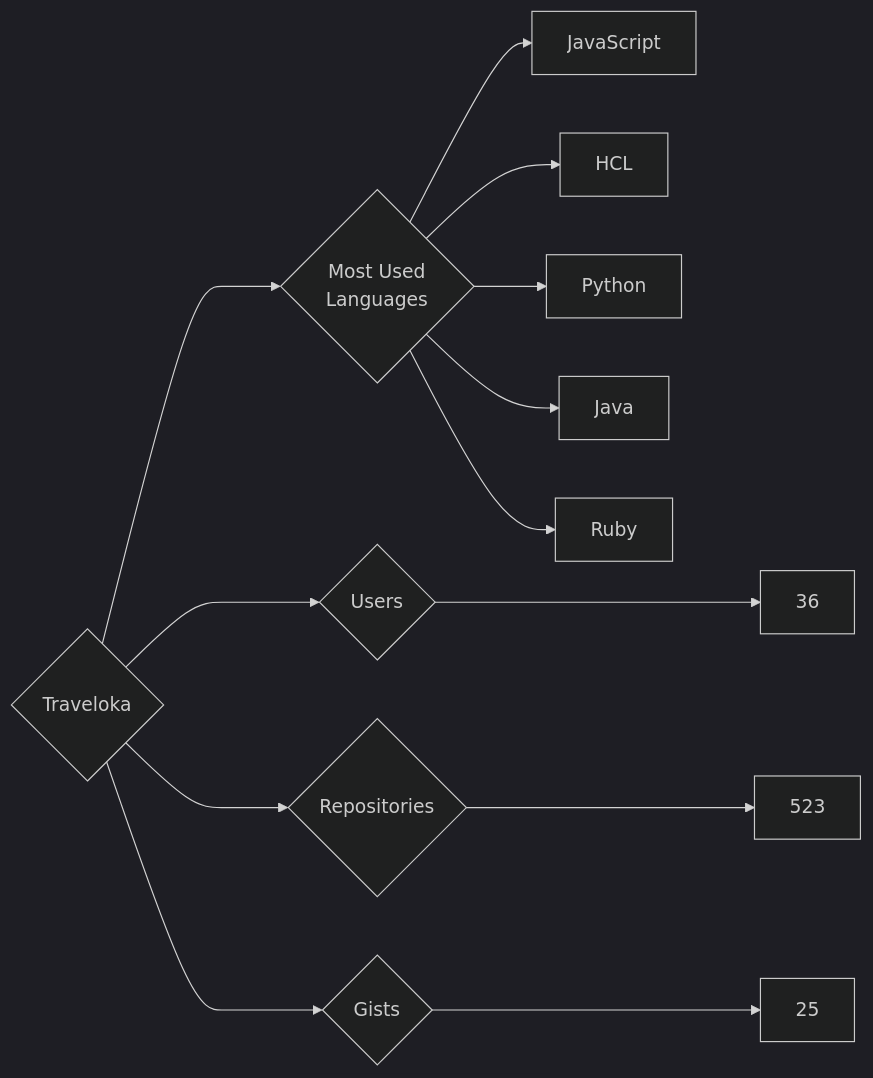
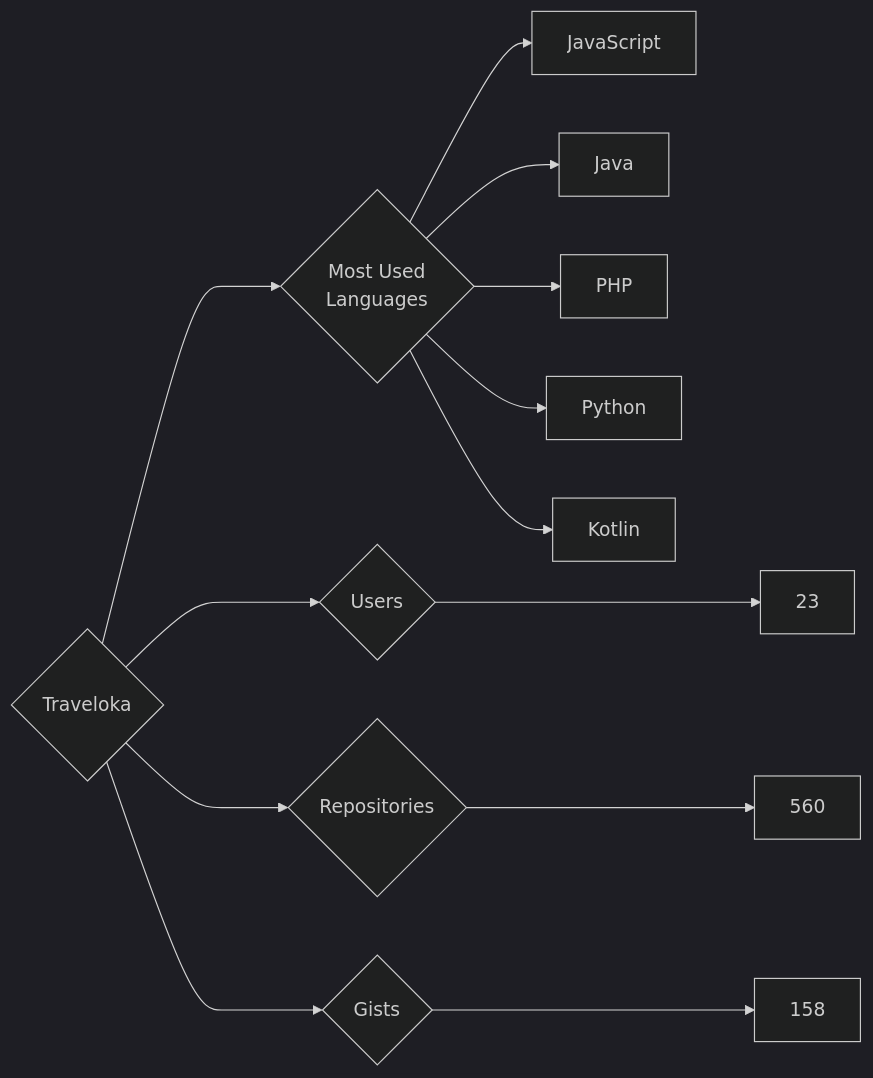
Before and after one commit to trickest/insiders: the diagram in targets/Traveloka/README.md, drawn with Mermaid (dark theme). The commit also changed 871 other files, not shown here.

````diff
--- a/targets/Traveloka/README.md
+++ b/targets/Traveloka/README.md
@@ -3,13 +3,13 @@
 ```mermaid
 graph LR
 COMPANY_NAME{Traveloka}
-COMPANY_NAME ---> U{Users} ---> UN[36]
-COMPANY_NAME ---> R{Repositories} ---> RN[523]
-COMPANY_NAME ---> G{Gists} ---> GN[25]
+COMPANY_NAME ---> U{Users} ---> UN[23]
+COMPANY_NAME ---> R{Repositories} ---> RN[560]
+COMPANY_NAME ---> G{Gists} ---> GN[158]
 COMPANY_NAME ---> ML{Most Used<br>Languages}
 ML --> JavaScript[JavaScript]
-ML --> HCL[HCL]
+ML --> Java[Java]
+ML --> PHP[PHP]
 ML --> Python[Python]
-ML --> Java[Java]
-ML --> Ruby[Ruby]
+ML --> Kotlin[Kotlin]
 ```
````
